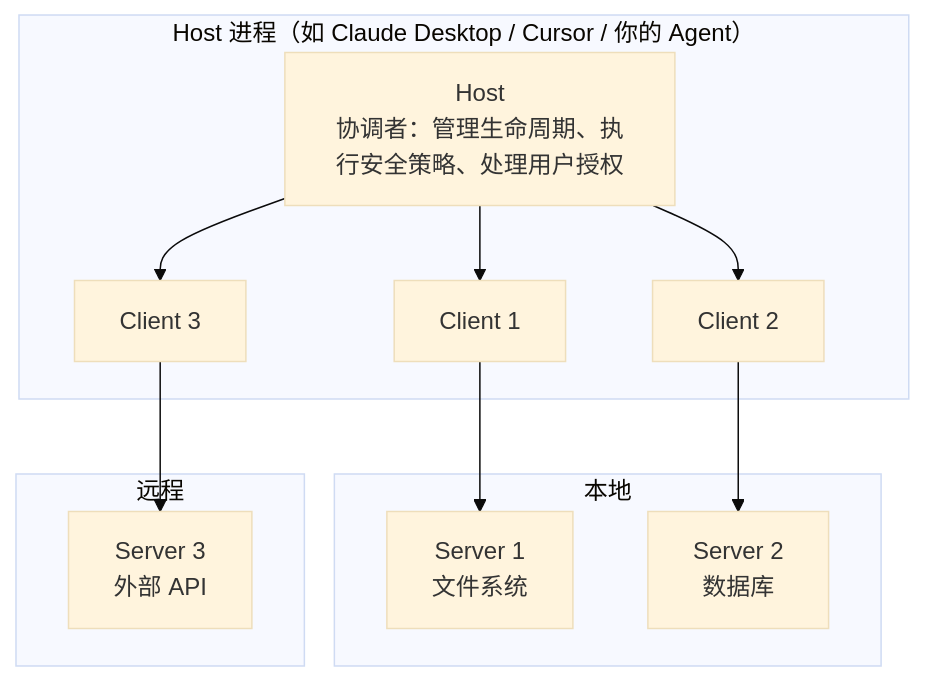
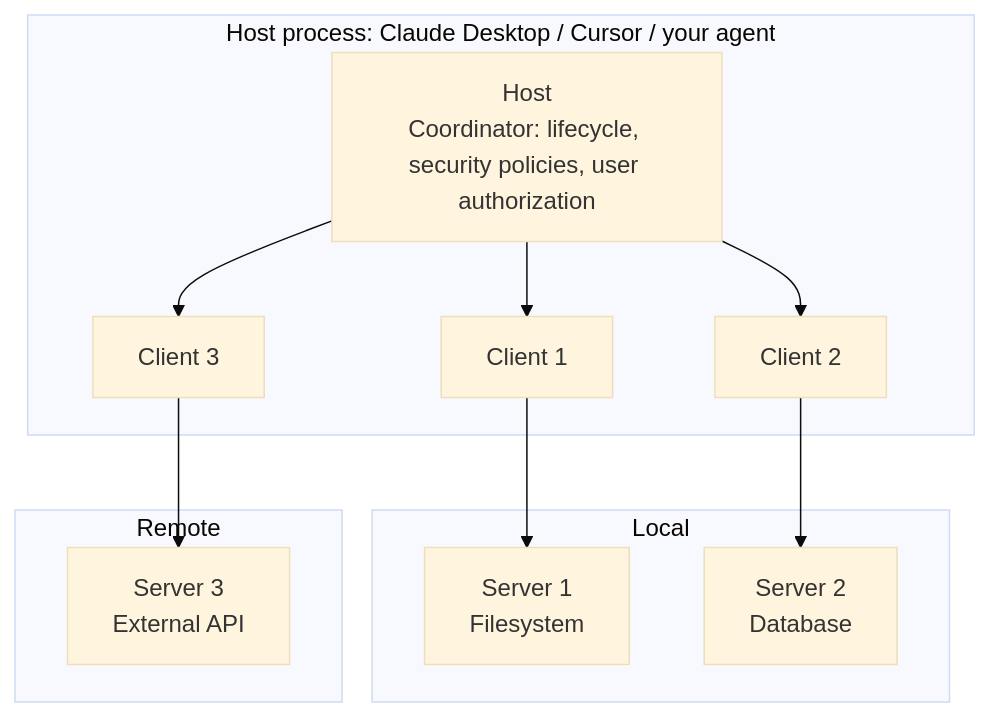
Before and after one commit to oneleaveknowsthefall/awesome-ai-roadmap: the third of 3 diagrams in docs/tools/02-mcp/04-what-is-mcp.md, drawn with Mermaid (base theme). The commit also changed other lines of this file and 42 other files, not shown here.

````diff
--- a/docs/tools/02-mcp/04-what-is-mcp.md
+++ b/docs/tools/02-mcp/04-what-is-mcp.md
@@ -75,25 +75,25 @@
 ```mermaid
 flowchart TB
-    subgraph HOST["Host 进程（如 Claude Desktop / Cursor / 你的 Agent）"]
-        H["Host<br/>协调者：管理生命周期、执行安全策略、处理用户授权"]
+    subgraph HOST["Host process: Claude Desktop / Cursor / your agent"]
+        H["Host<br/>Coordinator: lifecycle, security policies, user authorization"]
         C1["Client 1"]
         C2["Client 2"]
         C3["Client 3"]
         H --> C1
         H --> C2
         H --> C3
     end
 
-    subgraph LOCAL["本地"]
-        S1["Server 1<br/>文件系统"]
-        S2["Server 2<br/>数据库"]
+    subgraph LOCAL["Local"]
+        S1["Server 1<br/>Filesystem"]
+        S2["Server 2<br/>Database"]
     end
 
-    subgraph REMOTE["远程"]
-        S3["Server 3<br/>外部 API"]
+    subgraph REMOTE["Remote"]
+        S3["Server 3<br/>External API"]
     end
 
     C1 --> S1
     C2 --> S2
     C3 --> S3
 ```
````
